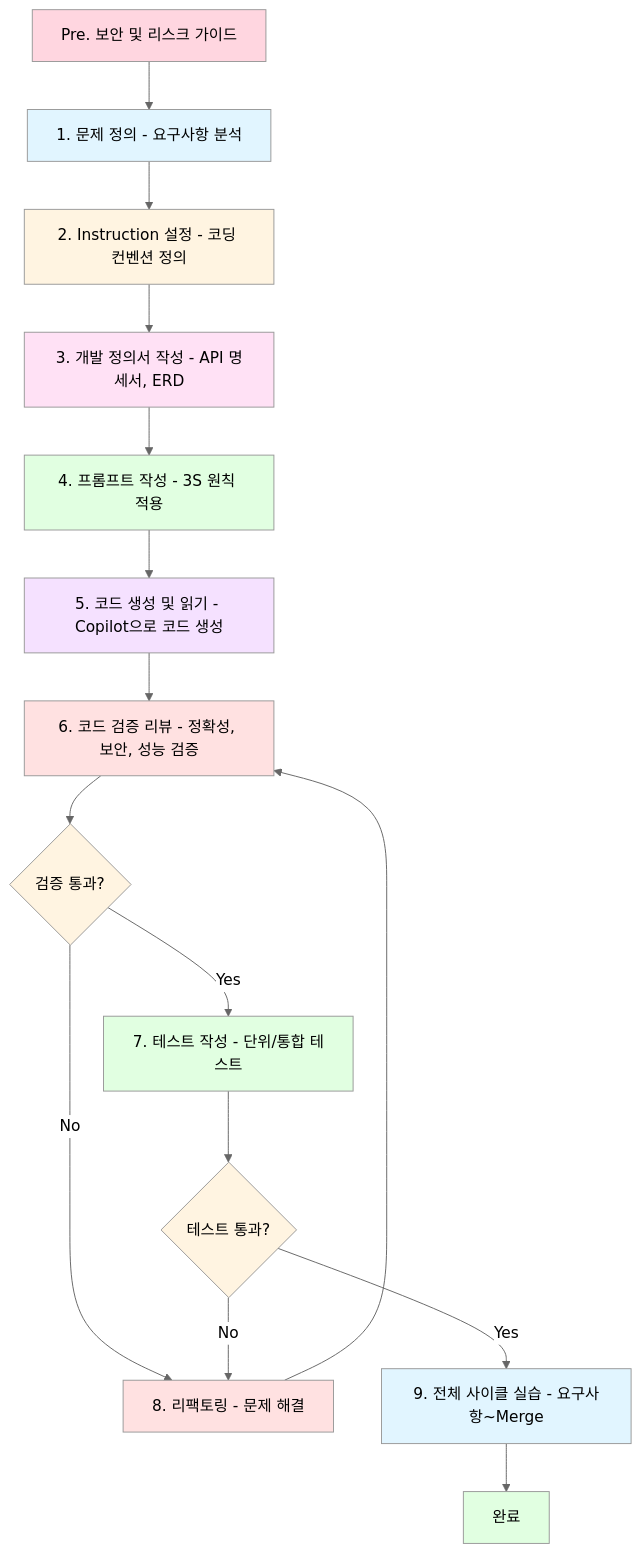
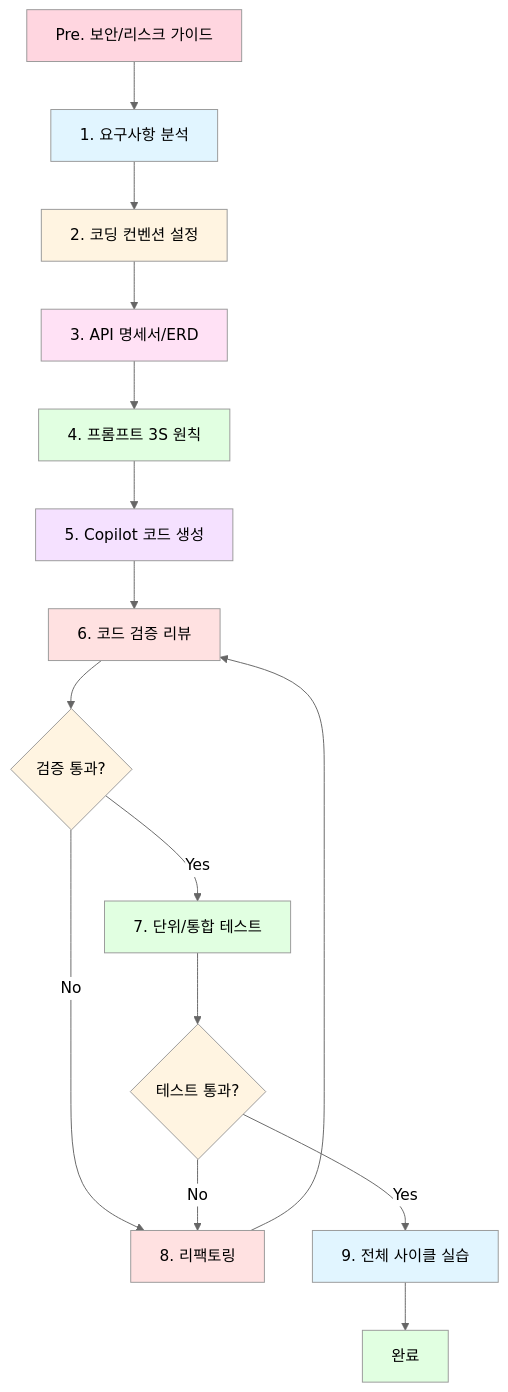
One commit to AI-navien/Copilot_Advanced changed the first of 10 diagrams in docs/00-curriculum-summary.md. Above: the diagram before and after it, drawn with Mermaid (neutral theme).

Commit message:
hotfix(1) : 00

````diff
--- a/docs/00-curriculum-summary.md
+++ b/docs/00-curriculum-summary.md
@@ -29,31 +29,31 @@
 ```mermaid
 flowchart TD
-    PRE[Pre. 보안 및 리스크 가이드] --> A[1. 문제 정의 - 요구사항 분석]
-    A --> B[2. Instruction 설정 - 코딩 컨벤션 정의]
-    B --> C[3. 개발 정의서 작성 - API 명세서, ERD]
-    C --> D[4. 프롬프트 작성 - 3S 원칙 적용]
-    D --> E[5. 코드 생성 및 읽기 - Copilot으로 코드 생성]
-    E --> F[6. 코드 검증 리뷰 - 정확성, 보안, 성능 검증]
+    PRE[Pre. 보안/리스크 가이드] --> A[1. 요구사항 분석]
+    A --> B[2. 코딩 컨벤션 설정]
+    B --> C[3. API 명세서/ERD]
+    C --> D[4. 프롬프트 3S 원칙]
+    D --> E[5. Copilot 코드 생성]
+    E --> F[6. 코드 검증 리뷰]
     F --> G{검증 통과?}
-    G -->|No| H[8. 리팩토링 - 문제 해결]
+    G -->|No| H[8. 리팩토링]
     H --> F
-    G -->|Yes| I[7. 테스트 작성 - 단위/통합 테스트]
+    G -->|Yes| I[7. 단위/통합 테스트]
     I --> J{테스트 통과?}
     J -->|No| H
-    J -->|Yes| K[9. 전체 사이클 실습 - 요구사항~Merge]
+    J -->|Yes| K[9. 전체 사이클 실습]
     K --> L[완료]
-    
+
     style PRE fill:#ffd6e0
     style A fill:#e1f5ff
     style B fill:#fff4e1
     style C fill:#ffe1f5
     style D fill:#e1ffe1
     style E fill:#f5e1ff
     style F fill:#ffe1e1
     style G fill:#fff4e1
     style H fill:#ffe1e1
     style I fill:#e1ffe1
     style J fill:#fff4e1
     style K fill:#e1f5ff
     style L fill:#e1ffe1
 ```
````
